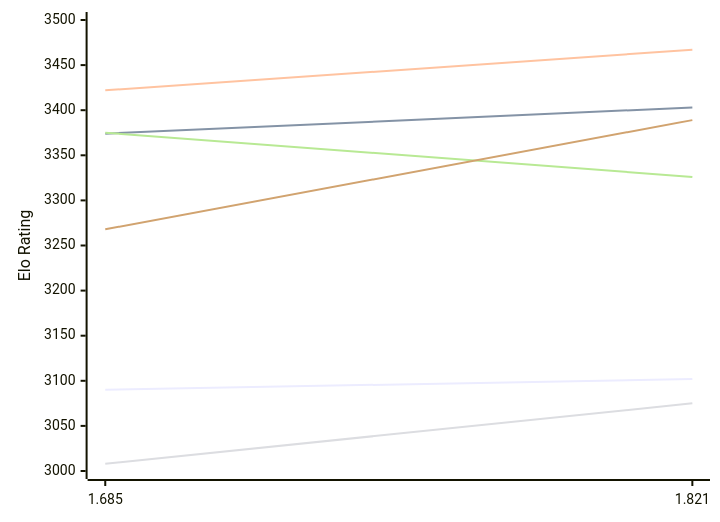
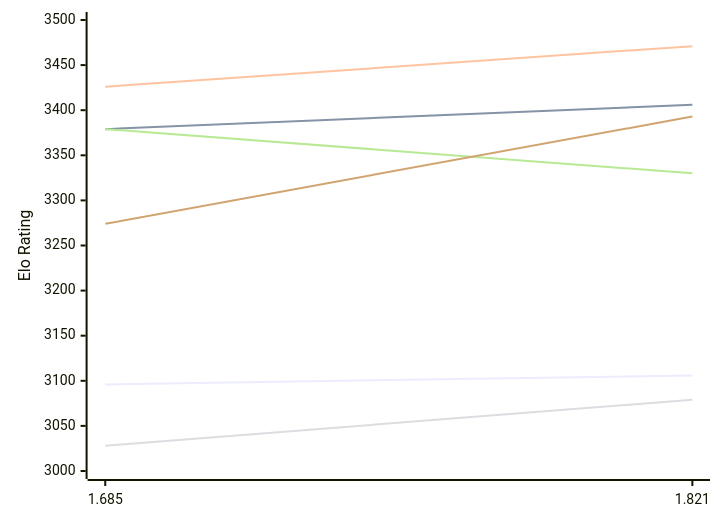
The first of 2 diagrams in engines/Malika.md (computer-chess-index/cci), drawn with Mermaid before and after one commit. The commit also changed other lines of this file, not shown here.

Commit message:
Update CCI Ratings (ELO VLTC) - 2026-11-20

````diff
--- a/engines/Malika.md
+++ b/engines/Malika.md
@@ -54,12 +54,12 @@
 ```mermaid
 %%{init: {"theme":"base","themeVariables":{"seriesColors:['#a3a3a3','#222221','#faa371']}}}%%
 xychart-beta
   x-axis ["1.685", "1.821"]
   y-axis "Elo Rating" 3000 --> 3500
-  line "E1: STC (8.0+0.08s)" [3090, 3102]
-  line "E1: LTC (60.0+0.60s)" [3374, 3403]
-  line "E1: VLTC (2m24s+1.12s)" [3422, 3467]
-  line "P1: STC (8.0+0.08s)" [3008, 3075]
-  line "P1: LTC (60.0+0.60s)" [3375, 3326]
-  line "P1: VLTC (2m24s+1.12s)" [3268, 3389]
+  line "E1: STC (8.0+0.08s)" [3096, 3106]
+  line "E1: LTC (60.0+0.60s)" [3379, 3406]
+  line "E1: VLTC (2m24s+1.12s)" [3426, 3471]
+  line "P1: STC (8.0+0.08s)" [3028, 3079]
+  line "P1: LTC (60.0+0.60s)" [3379, 3330]
+  line "P1: VLTC (2m24s+1.12s)" [3274, 3393]
 ```
````
